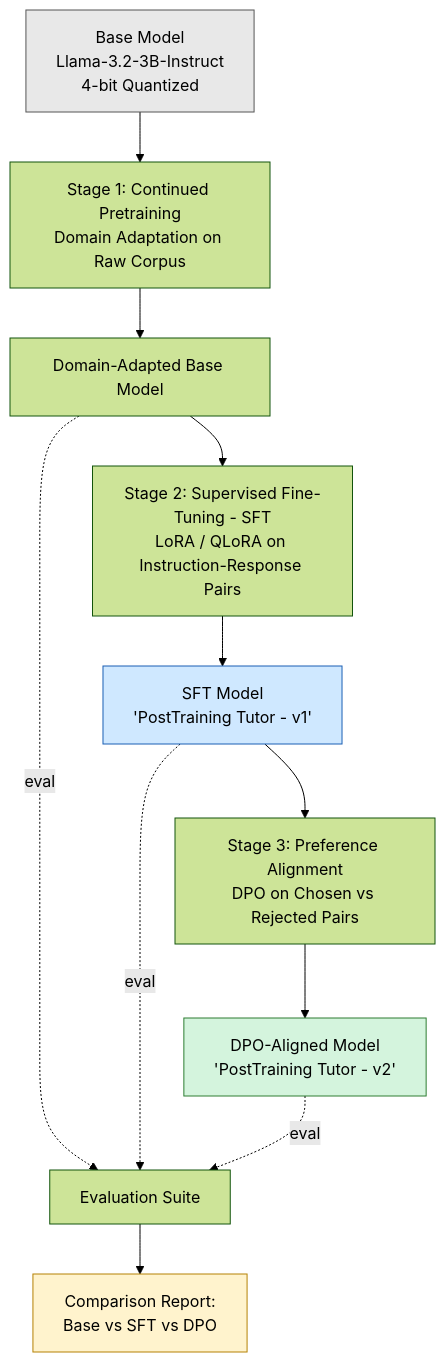
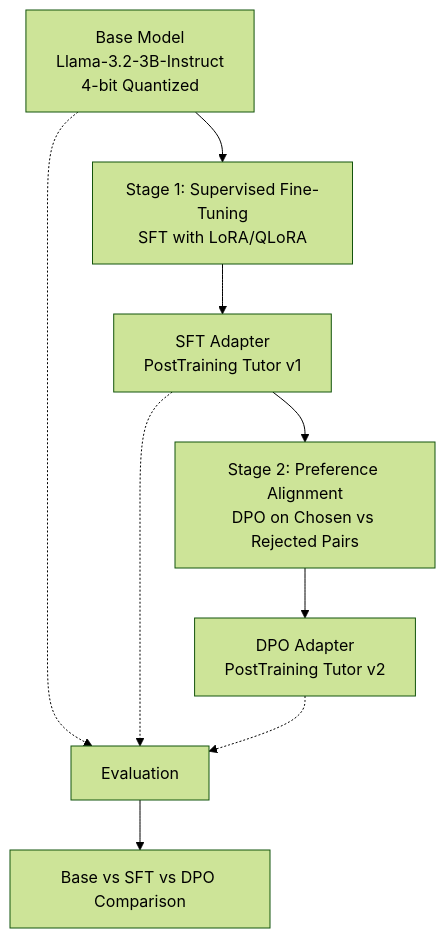
One commit to Hiteshwari7/LLM-PostTraining-Lab changed the diagram in README.md. Above: the diagram before and after it, drawn with Mermaid (forest theme).

````diff
--- a/README.md
+++ b/README.md
@@ -25,19 +25,19 @@
 ```mermaid
 flowchart TD
-    A[Base Model<br/>Llama-3.2-3B-Instruct<br/>4-bit Quantized] --> B[Stage 1: Continued Pretraining<br/>Domain Adaptation on Raw Corpus]
-    B --> C[Domain-Adapted Base Model]
-    C --> D[Stage 2: Supervised Fine-Tuning - SFT<br/>LoRA / QLoRA on Instruction-Response Pairs]
-    D --> E[SFT Model<br/>'PostTraining Tutor - v1']
-    E --> F[Stage 3: Preference Alignment<br/>DPO on Chosen vs Rejected Pairs]
-    F --> G[DPO-Aligned Model<br/>'PostTraining Tutor - v2']
+    
+   
 
-    C -.eval.-> H[Evaluation Suite]
-    E -.eval.-> H
-    G -.eval.-> H
-    H --> I[Comparison Report:<br/>Base vs SFT vs DPO]
+A[Base Model<br/>Llama-3.2-3B-Instruct<br/>4-bit Quantized] --> B[Stage 1: Supervised Fine-Tuning<br/>SFT with LoRA/QLoRA]
 
-    style A fill:#e8e8e8,stroke:#555
-    style E fill:#cfe8ff,stroke:#1a5fb4
-    style G fill:#d4f4dd,stroke:#2e7d32
-    style I fill:#fff3cd,stroke:#b58105
+B --> C[SFT Adapter<br/>PostTraining Tutor v1]
+
+C --> D[Stage 2: Preference Alignment<br/>DPO on Chosen vs Rejected Pairs]
+
+D --> E[DPO Adapter<br/>PostTraining Tutor v2]
+
+A -.-> F[Evaluation]
+C -.-> F
+E -.-> F
+
+F --> G[Base vs SFT vs DPO Comparison]
 ```
````
